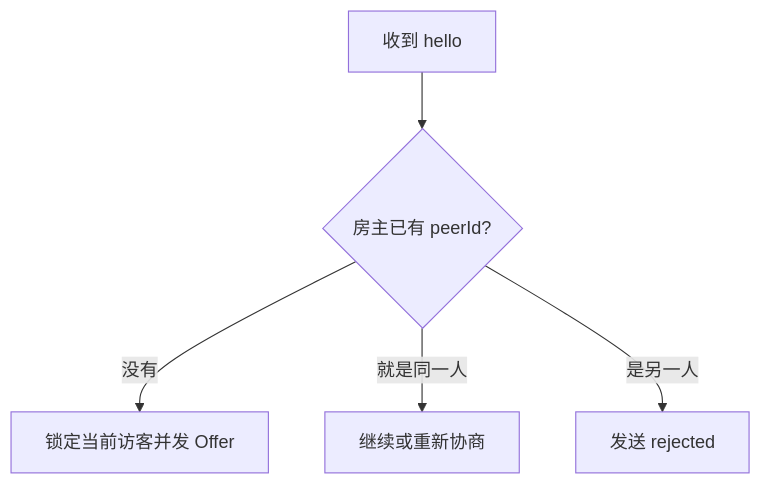
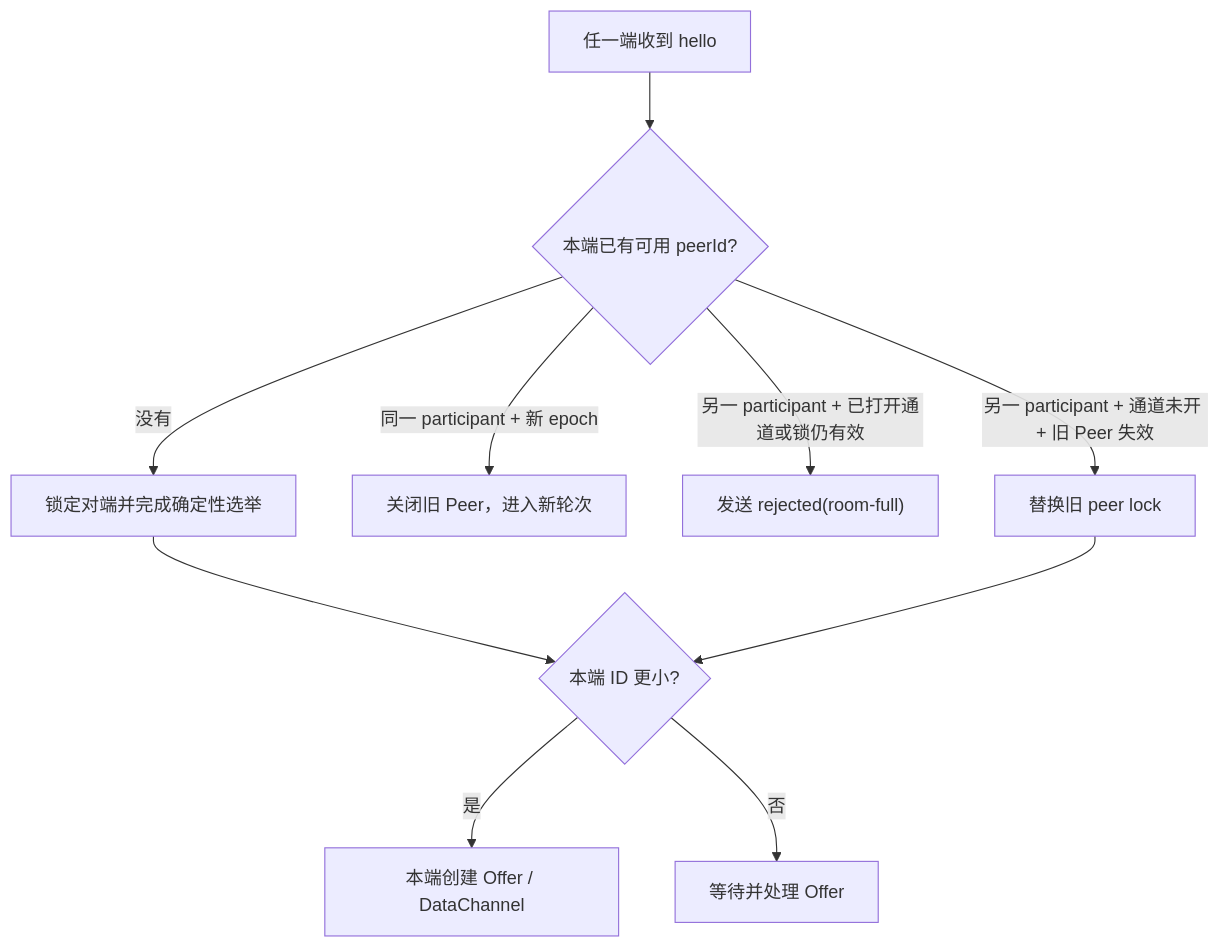
Before and after one commit to MarcWebber/p2p-chat: the sixth of 7 diagrams in docs/field-guide.md, drawn with Mermaid. The commit also changed other lines of this file and 23 other files, not shown here.

````diff
--- a/docs/field-guide.md
+++ b/docs/field-guide.md
@@ -213,7 +221,12 @@
 ```mermaid
 flowchart TD
-  HELLO["收到 hello"] --> LOCK{"房主已有 peerId?"}
-  LOCK -->|"没有"| ACCEPT["锁定当前访客并发 Offer"]
-  LOCK -->|"就是同一人"| RESUME["继续或重新协商"]
-  LOCK -->|"是另一人"| REJECT["发送 rejected"]
+  HELLO["任一端收到 hello"] --> LOCK{"本端已有可用 peerId?"}
+  LOCK -->|"没有"| ACCEPT["锁定对端并完成确定性选举"]
+  LOCK -->|"同一 participant + 新 epoch"| RESUME["关闭旧 Peer，进入新轮次"]
+  LOCK -->|"另一 participant + 已打开通道或锁仍有效"| REJECT["发送 rejected(room-full)"]
+  LOCK -->|"另一 participant + 通道未开 + 旧 Peer 失效"| REPLACE["替换旧 peer lock"]
+  ACCEPT --> ELECT{"本端 ID 更小?"}
+  REPLACE --> ELECT
+  ELECT -->|"是"| OFFER["本端创建 Offer / DataChannel"]
+  ELECT -->|"否"| ANSWER["等待并处理 Offer"]
 ```
````
